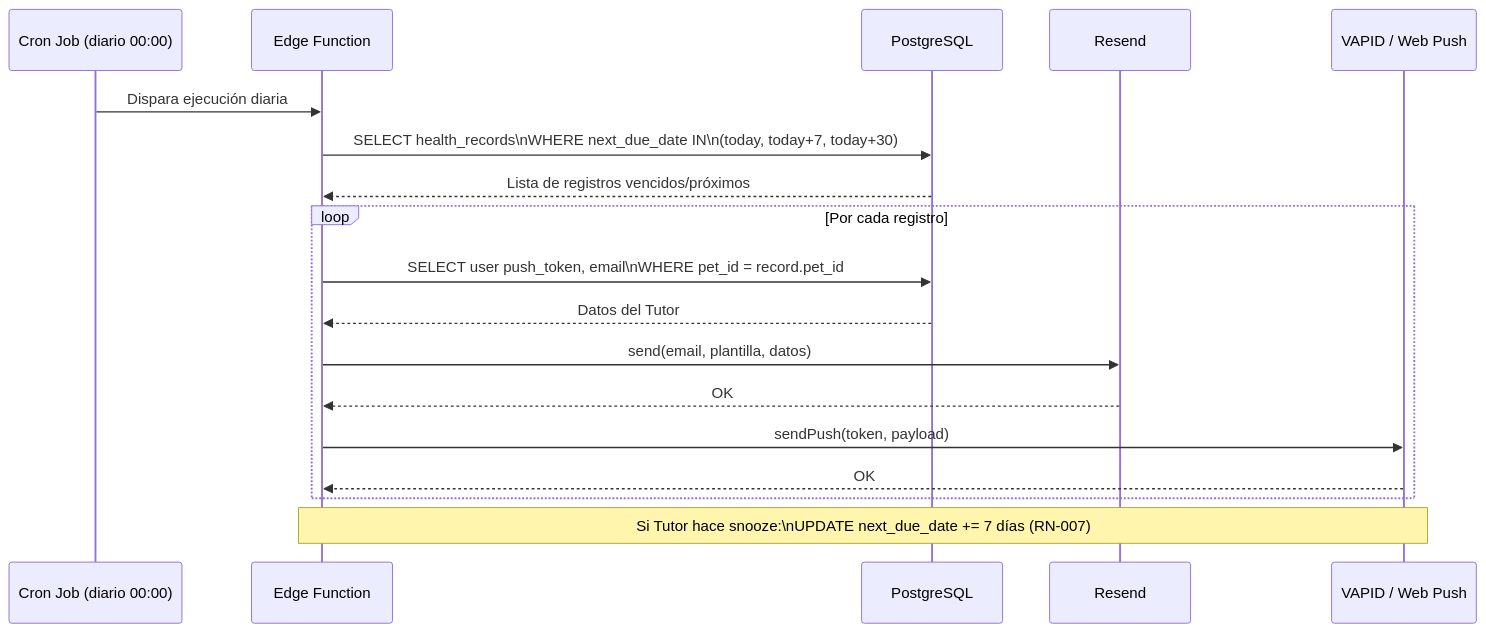
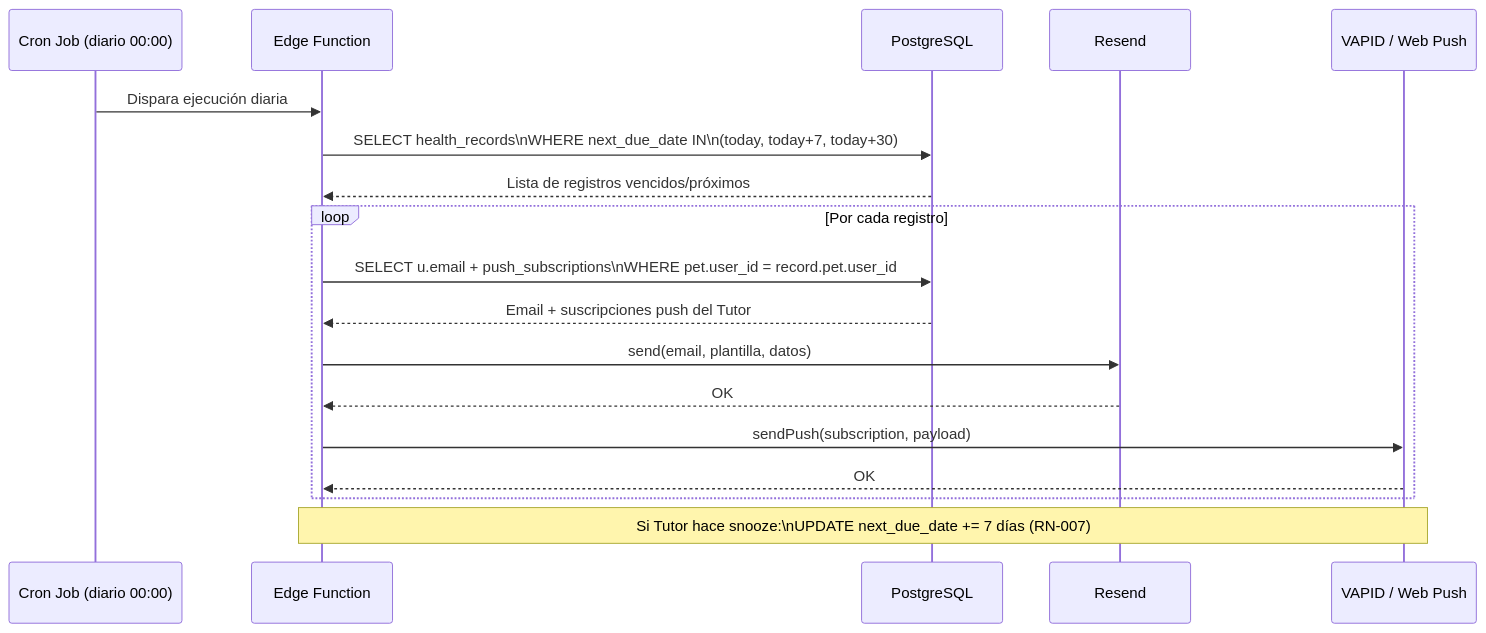
Before and after one commit to NachoGonzalezParks/Appatitas: diagram 12 of 22 in docs/system-architecture.md, drawn with Mermaid. The commit also changed other lines of this file and 21 other files, not shown here.

````diff
--- a/docs/system-architecture.md
+++ b/docs/system-architecture.md
@@ -474,25 +521,25 @@
 ```mermaid
 sequenceDiagram
     participant CRON as Cron Job (diario 00:00)
     participant EF as Edge Function
     participant DB as PostgreSQL
     participant RS as Resend
     participant VP as VAPID / Web Push
 
     CRON->>EF: Dispara ejecución diaria
     EF->>DB: SELECT health_records\nWHERE next_due_date IN\n(today, today+7, today+30)
     DB-->>EF: Lista de registros vencidos/próximos
 
     loop Por cada registro
-        EF->>DB: SELECT user push_token, email\nWHERE pet_id = record.pet_id
-        DB-->>EF: Datos del Tutor
+        EF->>DB: SELECT u.email + push_subscriptions\nWHERE pet.user_id = record.pet.user_id
+        DB-->>EF: Email + suscripciones push del Tutor
 
         EF->>RS: send(email, plantilla, datos)
         RS-->>EF: OK
 
-        EF->>VP: sendPush(token, payload)
+        EF->>VP: sendPush(subscription, payload)
         VP-->>EF: OK
     end
 
     note over EF,VP: Si Tutor hace snooze:\nUPDATE next_due_date += 7 días (RN-007)
 ```
````
